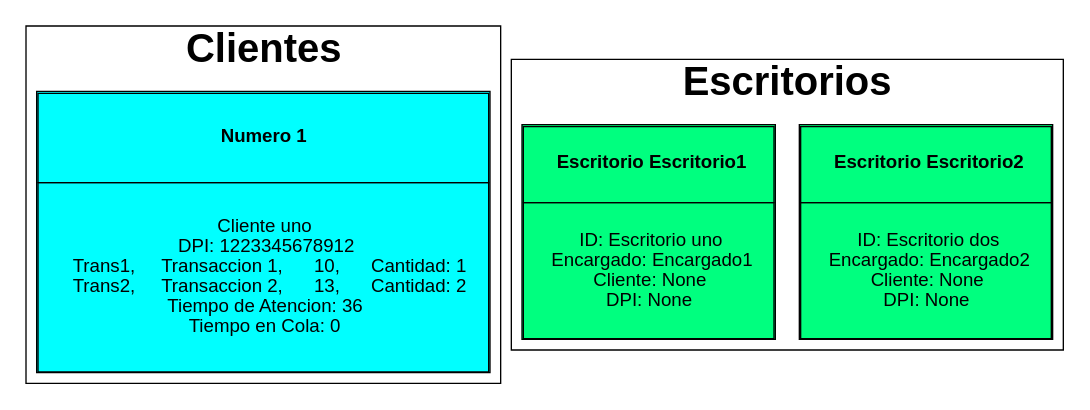
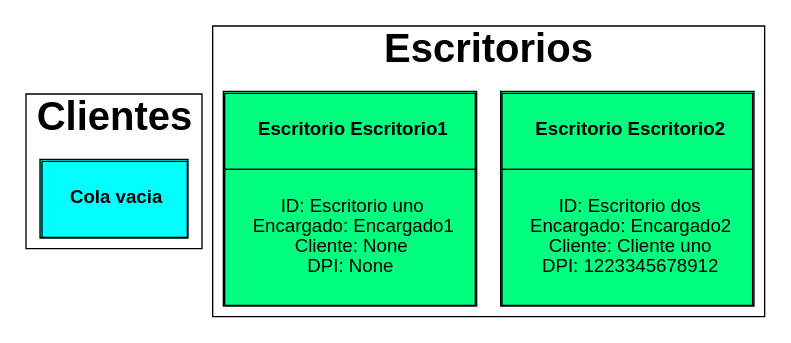
Before and after one commit to robinbuezo11/IPC2_Proyecto2_201944994: the diagram in estado.dot, drawn with Graphviz. The commit also changed 7 other files, not shown here.

```diff
--- a/estado.dot
+++ b/estado.dot
@@ -1,1 +1,1 @@
-digraph {fontname="Helventica,Arial,sans-serif" edge[dir=back] subgraph cluster0{fontsize=30 node[shape=plain style=filled pencolor="#00000" color="aqua" fontname="Helvetica,Arial,sans-serif"]Client1[label=<<table cellspacing="0" cellpadding="25"><tr><td><b>Numero 1</b></td></tr><tr><td>Cliente uno<br/>DPI: 1223345678912<br/>Trans1,     Transaccion 1,      10,      Cantidad: 1<br/>Trans2,     Transaccion 2,      13,      Cantidad: 2<br/>Tiempo de Atencion: 36<br/>Tiempo en Cola: 0</td></tr></table>>]Client1 label=<<b>Clientes</b>>} subgraph cluster1{fontsize=30 node[shape=plain style=filled pencolor="#00000" fontname="Helvetica,Arial,sans-serif"]DeskEscritorio2[color="springgreen" label=<<table cellspacing="0" cellpadding="20"><tr><td><b>Escritorio Escritorio2</b></td></tr><tr><td>ID: Escritorio dos<br/>Encargado: Encargado2<br/>Cliente: None<br/>DPI: None</td></tr></table>>]DeskEscritorio1[color="springgreen" label=<<table cellspacing="0" cellpadding="20"><tr><td><b>Escritorio Escritorio1</b></td></tr><tr><td>ID: Escritorio uno<br/>Encargado: Encargado1<br/>Cliente: None<br/>DPI: None</td></tr></table>>] label=<<b>Escritorios</b>>}}
+digraph {fontname="Helventica,Arial,sans-serif" edge[dir=back] subgraph cluster0{fontsize=30 node[shape=plain style=filled pencolor="#00000" color="aqua" fontname="Helvetica,Arial,sans-serif"]Client[label=<<table cellspacing="0" cellpadding="20"><tr><td><b>Cola vacia</b></td></tr></table>>] label=<<b>Clientes</b>>} subgraph cluster1{fontsize=30 node[shape=plain style=filled pencolor="#00000" fontname="Helvetica,Arial,sans-serif"]DeskEscritorio2[color="springgreen" label=<<table cellspacing="0" cellpadding="20"><tr><td><b>Escritorio Escritorio2</b></td></tr><tr><td>ID: Escritorio dos<br/>Encargado: Encargado2<br/>Cliente: Cliente uno<br/>DPI: 1223345678912</td></tr></table>>]DeskEscritorio1[color="springgreen" label=<<table cellspacing="0" cellpadding="20"><tr><td><b>Escritorio Escritorio1</b></td></tr><tr><td>ID: Escritorio uno<br/>Encargado: Encargado1<br/>Cliente: None<br/>DPI: None</td></tr></table>>] label=<<b>Escritorios</b>>}}
```
